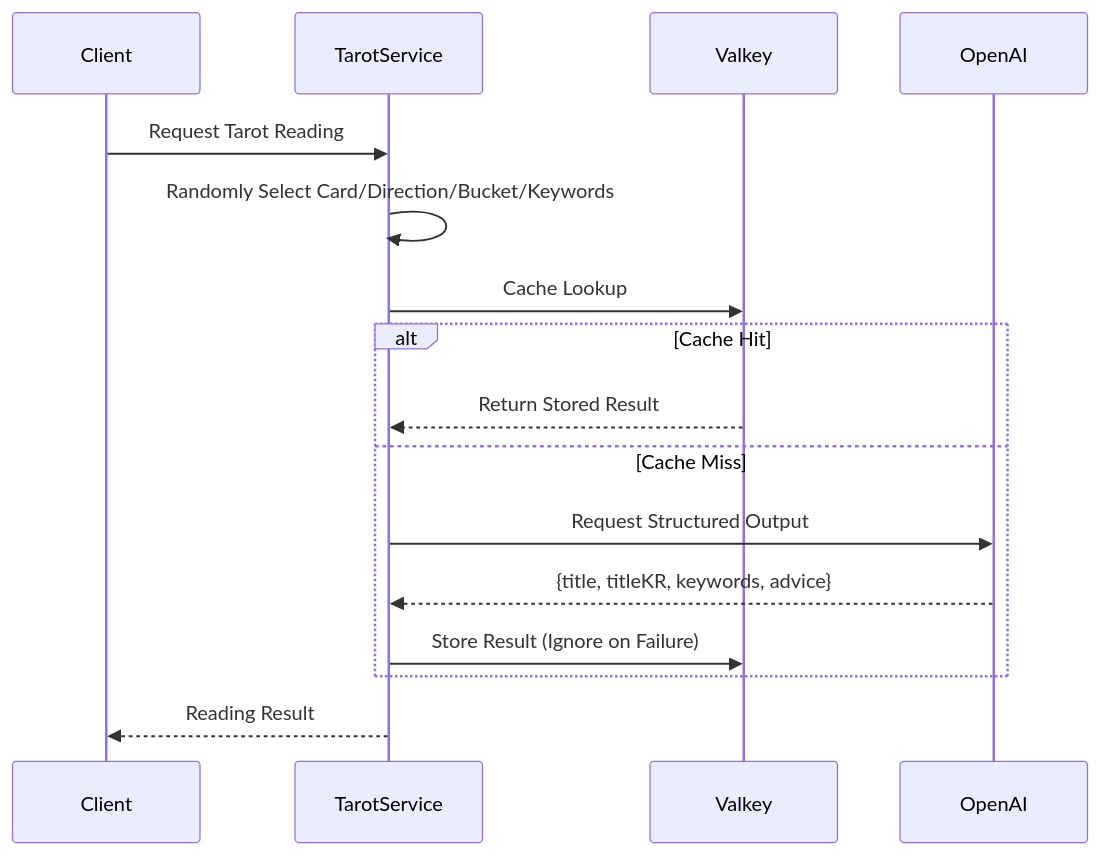
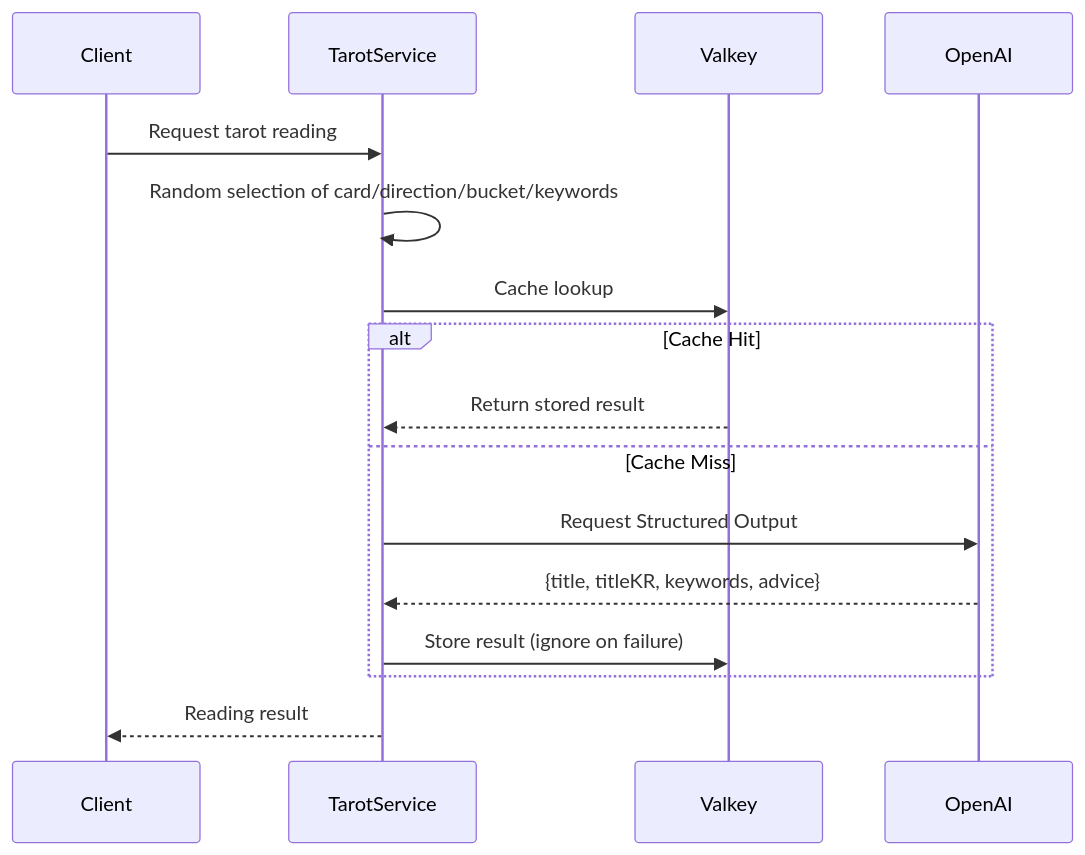
The second of 2 diagrams in src/content/blog/en/tarot-deep-dive.md (mandacode-labs/mandacode-devs), drawn with Mermaid before and after one commit. The commit also changed other lines of this file and 10 other files, not shown here.

````diff
--- a/src/content/blog/en/tarot-deep-dive.md
+++ b/src/content/blog/en/tarot-deep-dive.md
@@ -65,21 +65,21 @@
 ```mermaid
 sequenceDiagram
     participant Client as Client
     participant Service as TarotService
     participant Cache as Valkey
     participant AI as OpenAI
 
-    Client->>Service: Request Tarot Reading
-    Service->>Service: Randomly Select Card/Direction/Bucket/Keywords
-    Service->>Cache: Cache Lookup
+    Client->>Service: Request tarot reading
+    Service->>Service: Random selection of card/direction/bucket/keywords
+    Service->>Cache: Cache lookup
 
     alt Cache Hit
-        Cache-->>Service: Return Stored Result
+        Cache-->>Service: Return stored result
     else Cache Miss
         Service->>AI: Request Structured Output
         AI-->>Service: {title, titleKR, keywords, advice}
-        Service->>Cache: Store Result (Ignore on Failure)
+        Service->>Cache: Store result (ignore on failure)
     end
 
-    Service-->>Client: Reading Result
+    Service-->>Client: Reading result
 ```
````
